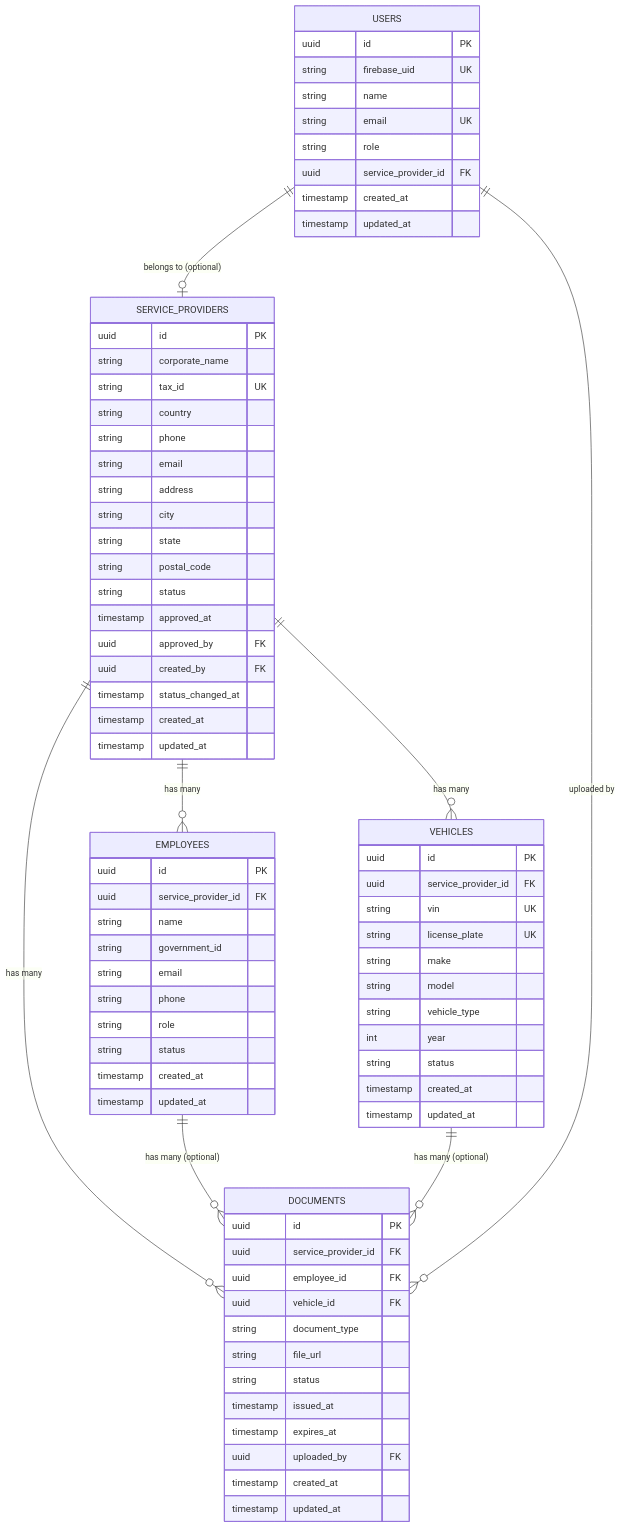
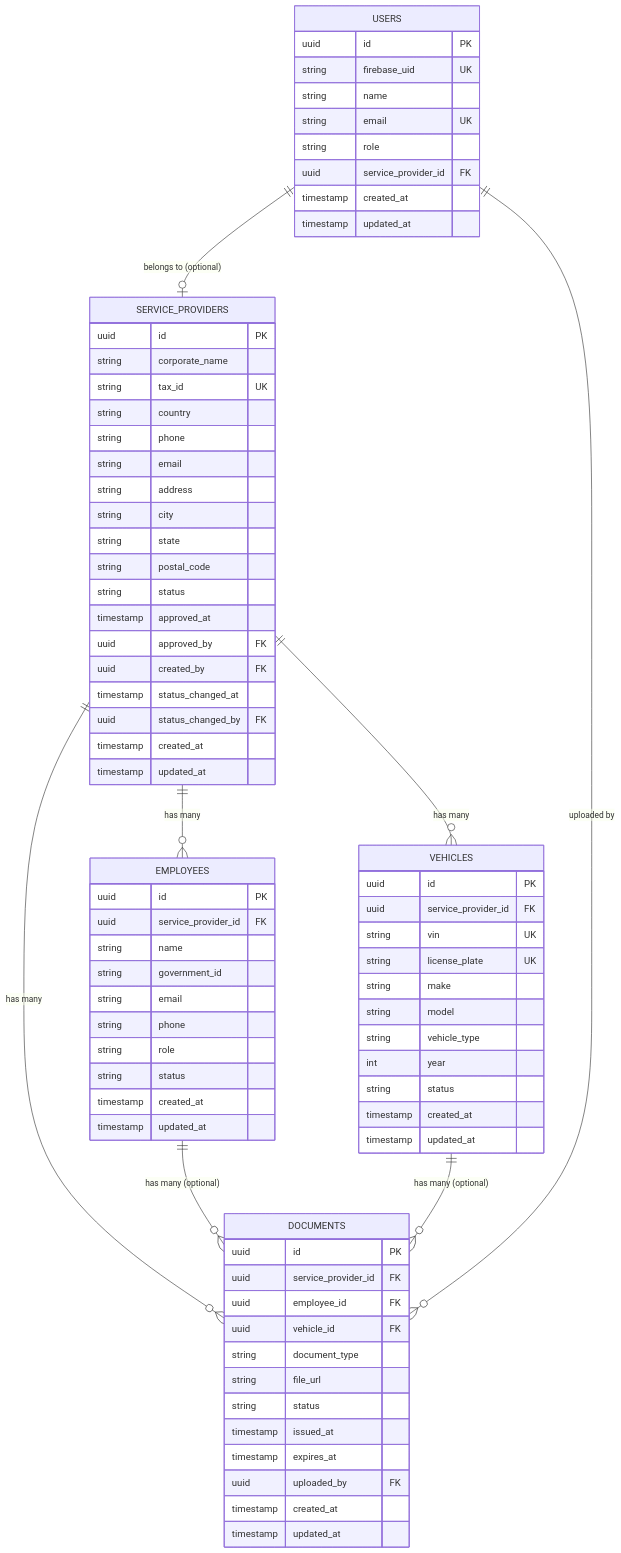
Before and after one commit to leite-leo/service-provider-api: the diagram in docs/database-model.md, drawn with Mermaid. The commit also changed other lines of this file and 1 other file, not shown here.

Commit message:
docs: document status_changed_by audit field

```diff
--- a/docs/database-model.md
+++ b/docs/database-model.md
@@ -47,6 +47,7 @@
         uuid approved_by FK
         uuid created_by FK
         timestamp status_changed_at
+        uuid status_changed_by FK
         timestamp created_at
         timestamp updated_at
     }
```
